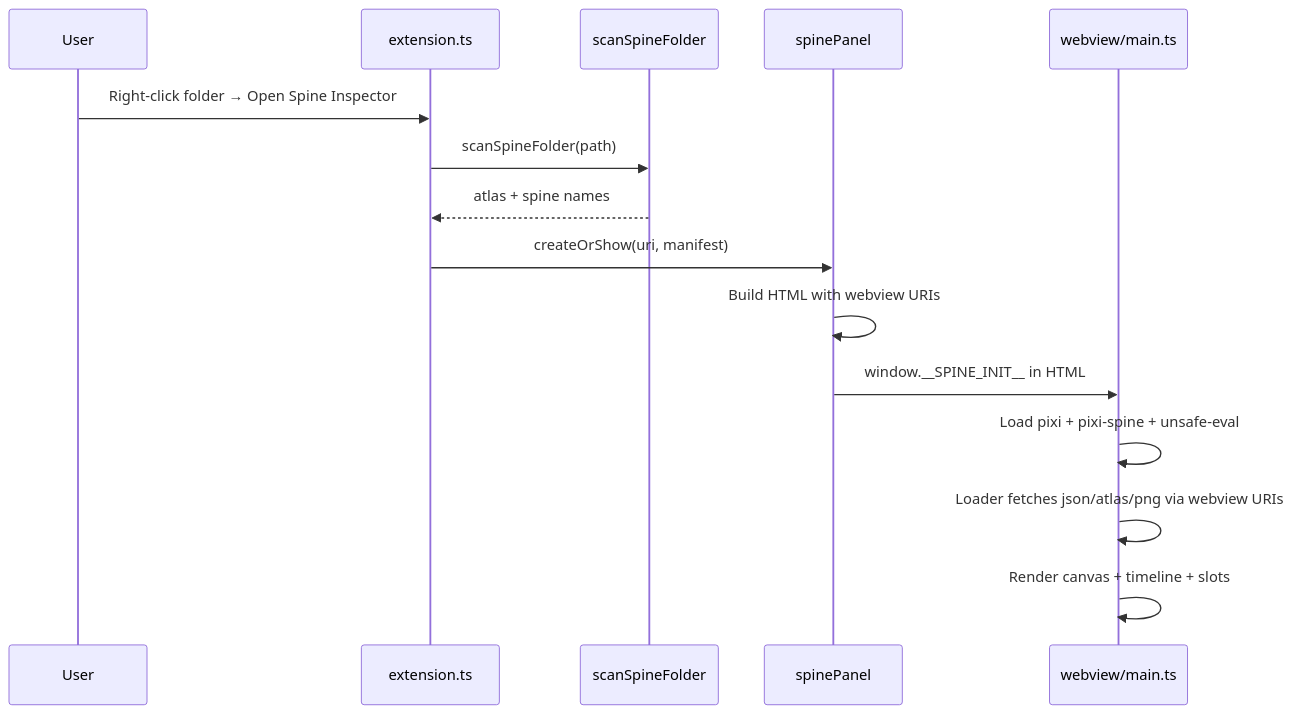
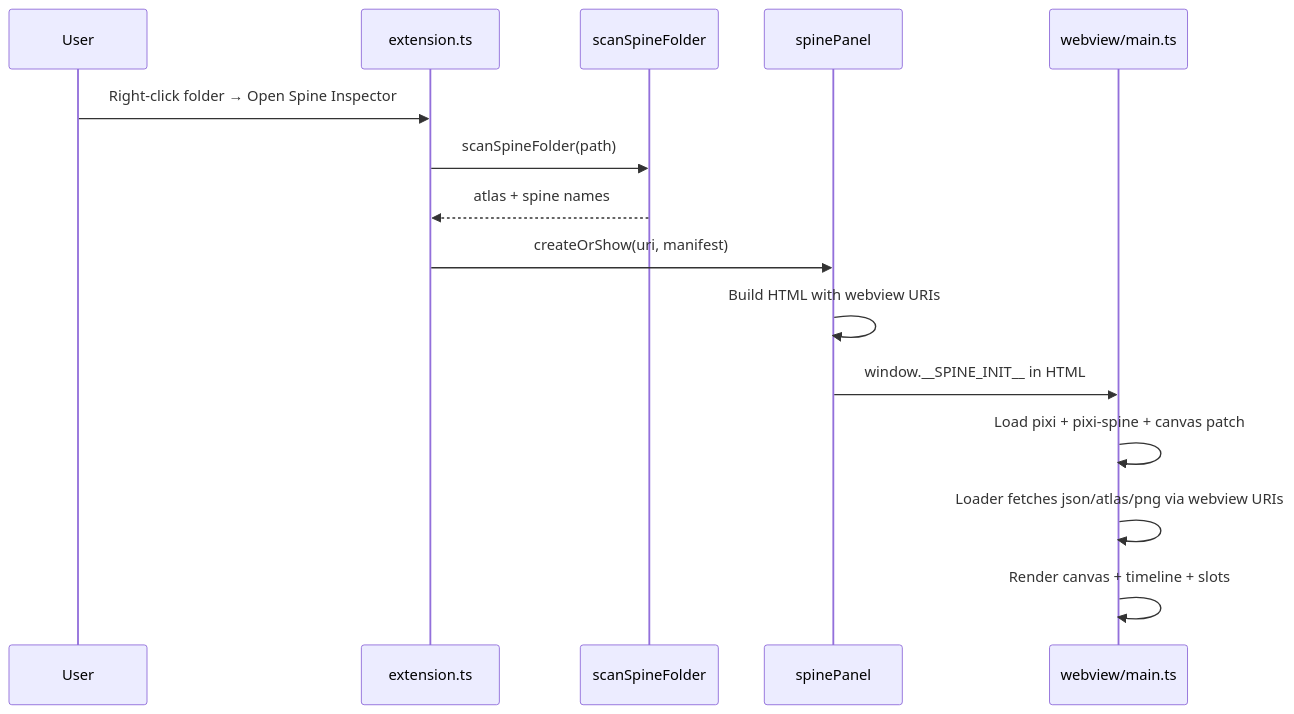
The second of 3 diagrams in README.md (saents/spine-inspector), drawn with Mermaid before and after one commit. The commit also changed other lines of this file and 5 other files, not shown here.

````diff
--- a/README.md
+++ b/README.md
@@ -95,18 +95,18 @@
 ```mermaid
 sequenceDiagram
   participant User
   participant Ext as extension.ts
   participant Scan as scanSpineFolder
   participant Panel as spinePanel
   participant WV as webview/main.ts
 
   User->>Ext: Right-click folder → Open Spine Inspector
   Ext->>Scan: scanSpineFolder(path)
   Scan-->>Ext: atlas + spine names
   Ext->>Panel: createOrShow(uri, manifest)
   Panel->>Panel: Build HTML with webview URIs
   Panel->>WV: window.__SPINE_INIT__ in HTML
-  WV->>WV: Load pixi + pixi-spine + unsafe-eval
+  WV->>WV: Load pixi + pixi-spine + canvas patch
   WV->>WV: Loader fetches json/atlas/png via webview URIs
   WV->>WV: Render canvas + timeline + slots
 ```
````
